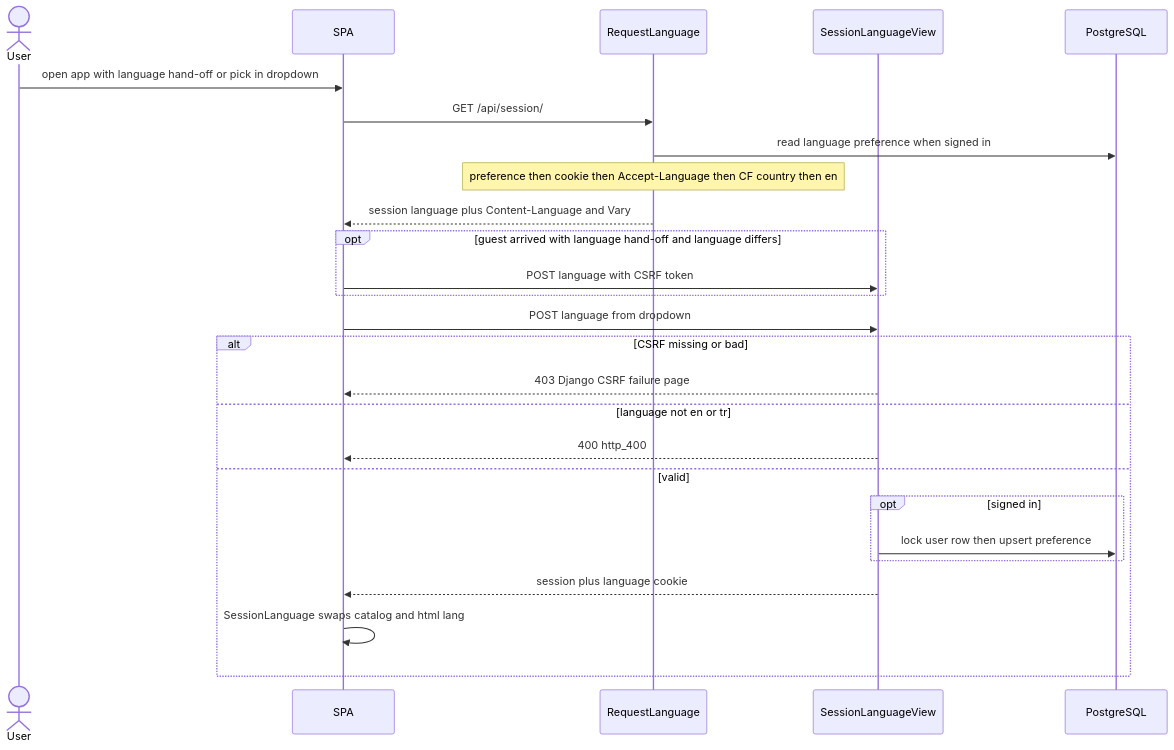
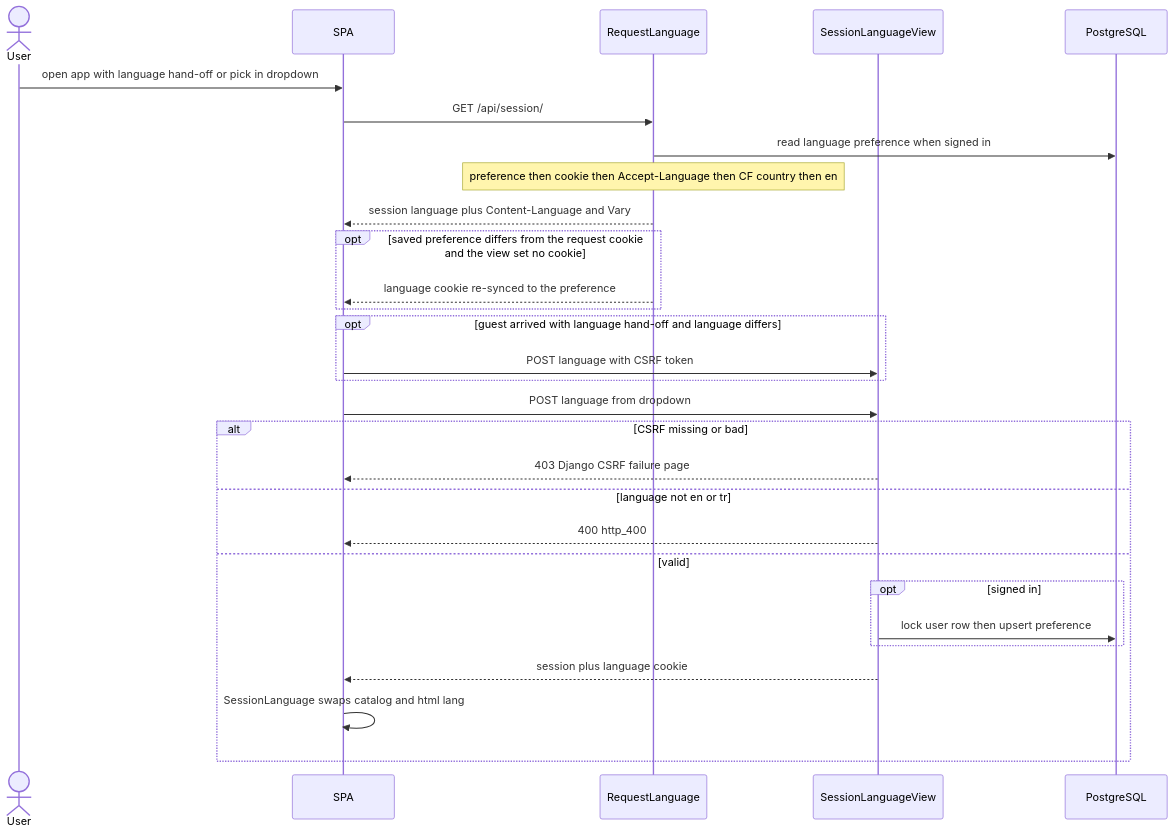
One commit to erkurtharun/pyracast changed the diagram in docs/flows/i18n-and-language.md. Above: the diagram before and after it, drawn with Mermaid. The commit also changed other lines of this file and 51 other files, not shown here.

````diff
--- a/docs/flows/i18n-and-language.md
+++ b/docs/flows/i18n-and-language.md
@@ -18,28 +18,31 @@
 ```mermaid
 sequenceDiagram
     actor U as User
     participant S as SPA
     participant M as RequestLanguage
     participant V as SessionLanguageView
     participant DB as PostgreSQL
     U->>S: open app with language hand-off or pick in dropdown
     S->>M: GET /api/session/
     M->>DB: read language preference when signed in
     Note over M: preference then cookie then Accept-Language then CF country then en
     M-->>S: session language plus Content-Language and Vary
+    opt saved preference differs from the request cookie and the view set no cookie
+        M-->>S: language cookie re-synced to the preference
+    end
     opt guest arrived with language hand-off and language differs
         S->>V: POST language with CSRF token
     end
     S->>V: POST language from dropdown
     alt CSRF missing or bad
         V-->>S: 403 Django CSRF failure page
     else language not en or tr
         V-->>S: 400 http_400
     else valid
         opt signed in
             V->>DB: lock user row then upsert preference
         end
         V-->>S: session plus language cookie
         S->>S: SessionLanguage swaps catalog and html lang
     end
 ```
````
